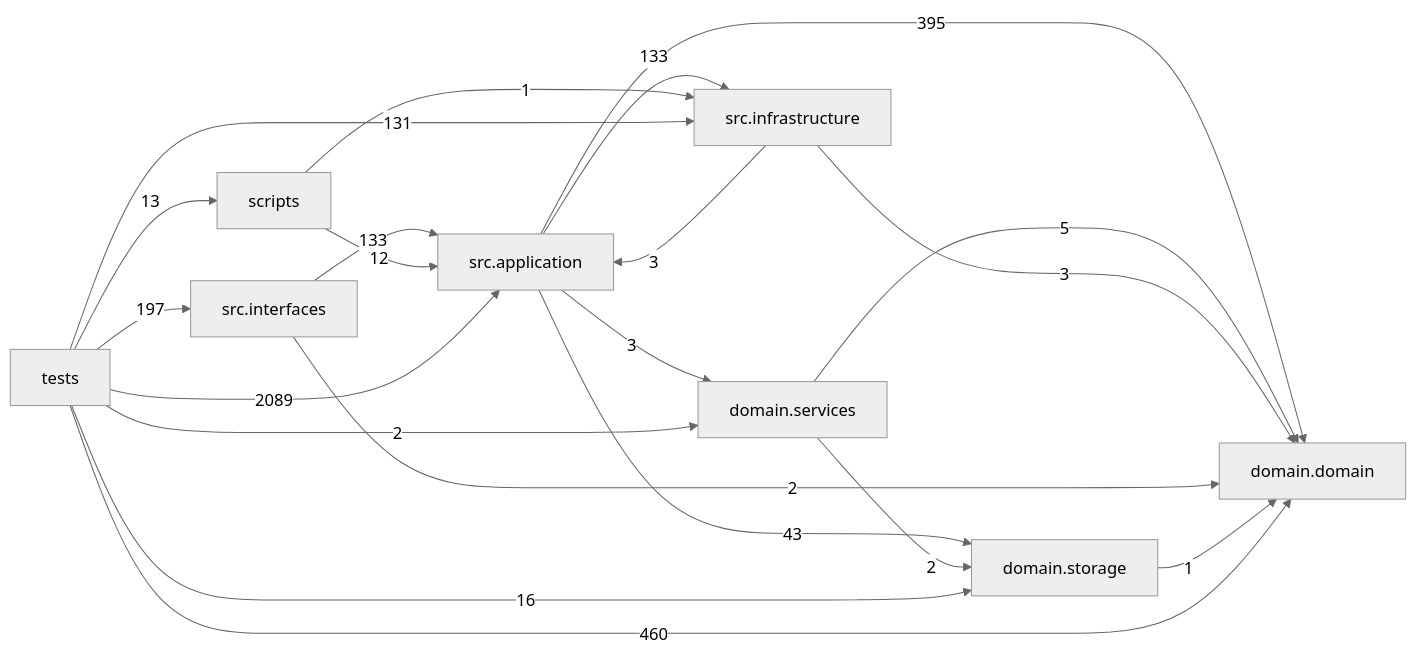
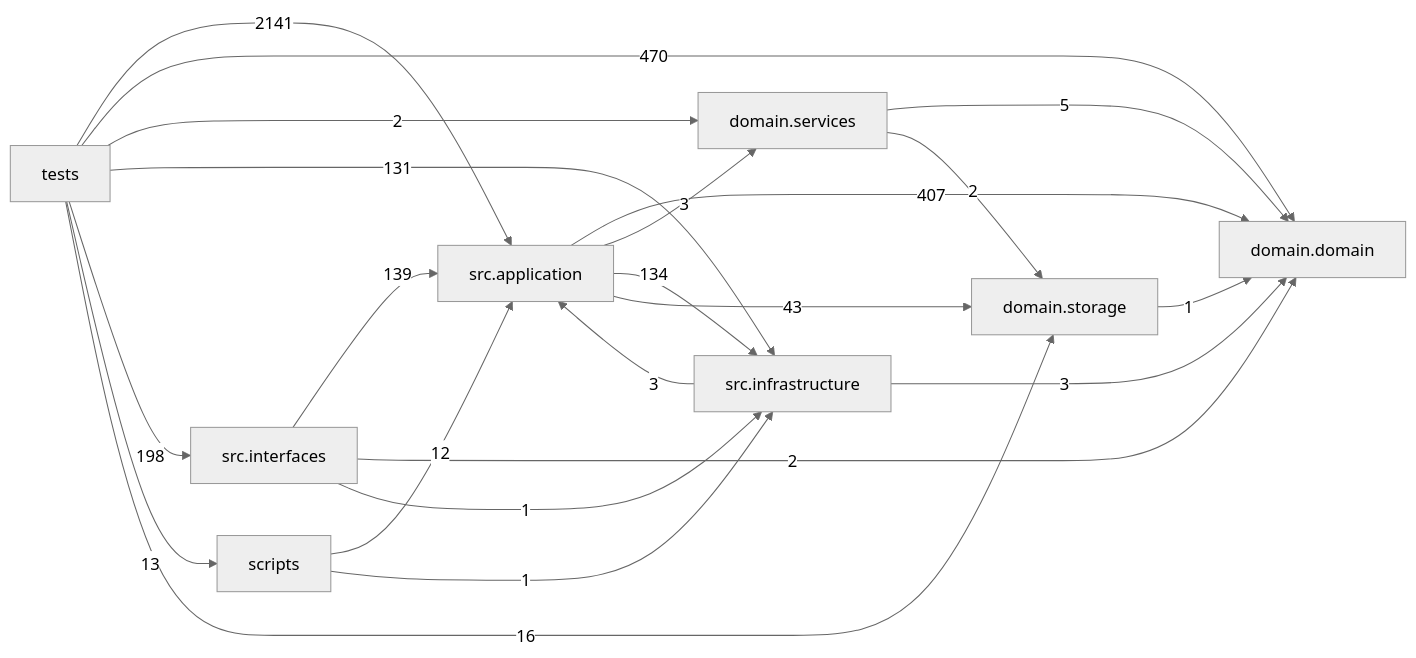
One commit to liuxie066/options-monitor changed the diagram in docs/DEPENDENCY_GRAPH.md. Above: the diagram before and after it, drawn with Mermaid (neutral theme). The commit also changed other lines of this file and 103 other files, not shown here.

````diff
--- a/docs/DEPENDENCY_GRAPH.md
+++ b/docs/DEPENDENCY_GRAPH.md
@@ -24,31 +24,32 @@
 ```mermaid
 flowchart LR
   tests["tests"]
   scripts["scripts"]
   interfaces["src.interfaces"]
   application["src.application"]
   infrastructure["src.infrastructure"]
   domain_services["domain.services"]
   domain["domain.domain"]
   storage["domain.storage"]
-  application -->|395| domain
+  application -->|407| domain
   application -->|3| domain_services
-  application -->|133| infrastructure
+  application -->|134| infrastructure
   application -->|43| storage
   domain_services -->|5| domain
   domain_services -->|2| storage
   infrastructure -->|3| application
   infrastructure -->|3| domain
-  interfaces -->|133| application
+  interfaces -->|139| application
   interfaces -->|2| domain
+  interfaces -->|1| infrastructure
   scripts -->|12| application
   scripts -->|1| infrastructure
   storage -->|1| domain
-  tests -->|2089| application
-  tests -->|460| domain
+  tests -->|2141| application
+  tests -->|470| domain
   tests -->|2| domain_services
   tests -->|131| infrastructure
-  tests -->|197| interfaces
+  tests -->|198| interfaces
   tests -->|13| scripts
   tests -->|16| storage
 ```
````
